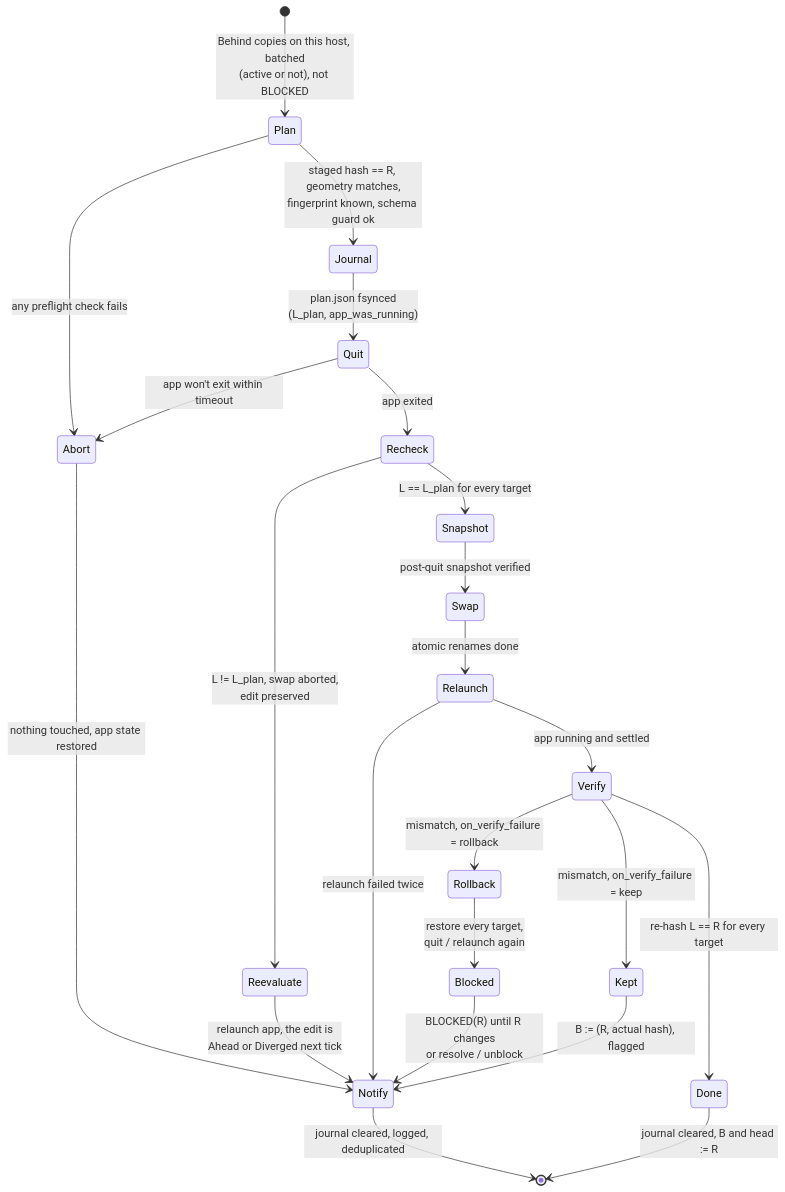
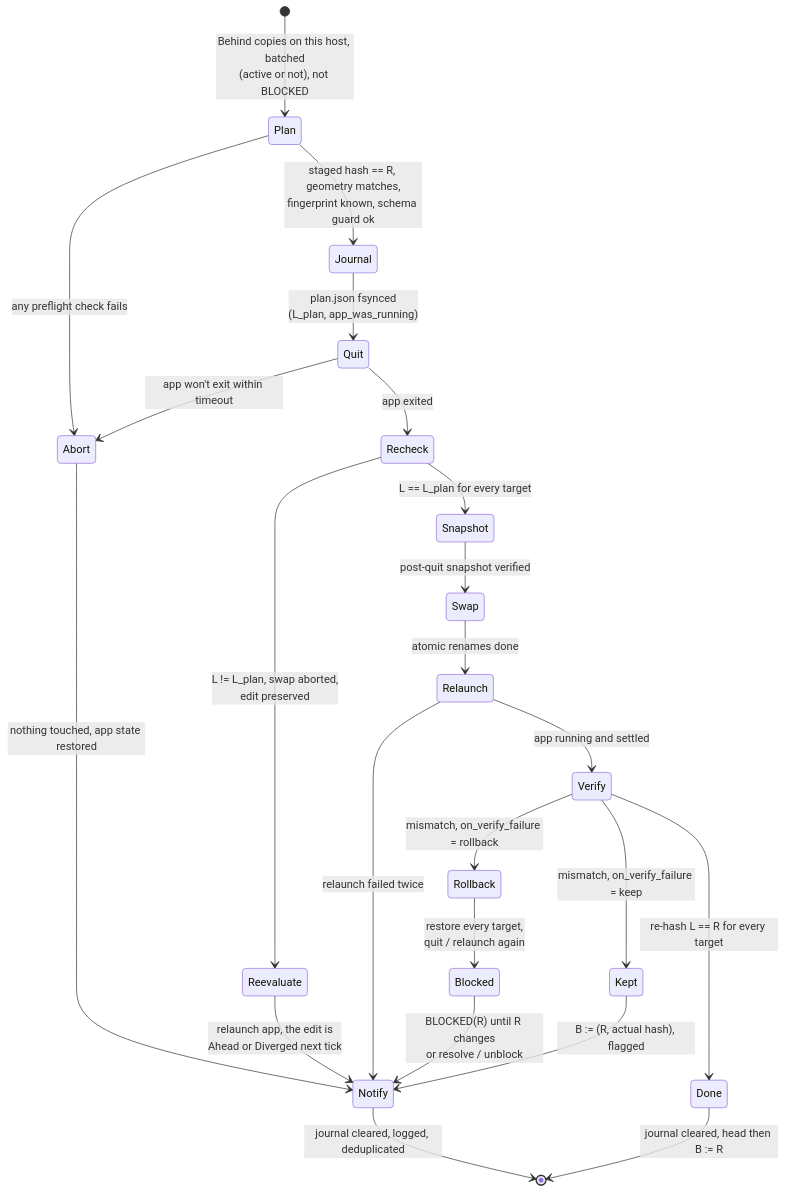
One commit to csmarshall/mac-streamdeck-sync changed the diagram in docs/apply-states.mmd. Above: the diagram before and after it, drawn with Mermaid. The commit also changed 26 other files, not shown here.

```diff
--- a/docs/apply-states.mmd
+++ b/docs/apply-states.mmd
@@ -1,24 +1,24 @@
 stateDiagram-v2
     direction TB
     [*] --> Plan: Behind copies on this host, batched<br/>(active or not), not BLOCKED
     Plan --> Abort: any preflight check fails
     Plan --> Journal: staged hash == R, geometry matches,<br/>fingerprint known, schema guard ok
     Journal --> Quit: plan.json fsynced<br/>(L_plan, app_was_running)
     Quit --> Abort: app won't exit within timeout
     Quit --> Recheck: app exited
     Recheck --> Reevaluate: L != L_plan, swap aborted,<br/>edit preserved
     Recheck --> Snapshot: L == L_plan for every target
     Snapshot --> Swap: post-quit snapshot verified
     Swap --> Relaunch: atomic renames done
     Relaunch --> Notify: relaunch failed twice
     Relaunch --> Verify: app running and settled
     Verify --> Rollback: mismatch, on_verify_failure = rollback
     Verify --> Kept: mismatch, on_verify_failure = keep
     Rollback --> Blocked: restore every target,<br/>quit / relaunch again
     Blocked --> Notify: BLOCKED(R) until R changes<br/>or resolve / unblock
     Kept --> Notify: B := (R, actual hash), flagged
     Reevaluate --> Notify: relaunch app, the edit is<br/>Ahead or Diverged next tick
     Abort --> Notify: nothing touched, app state restored
     Verify --> Done: re-hash L == R for every target
-    Done --> [*]: journal cleared, B and head := R
+    Done --> [*]: journal cleared, head then B := R
     Notify --> [*]: journal cleared, logged, deduplicated
```
